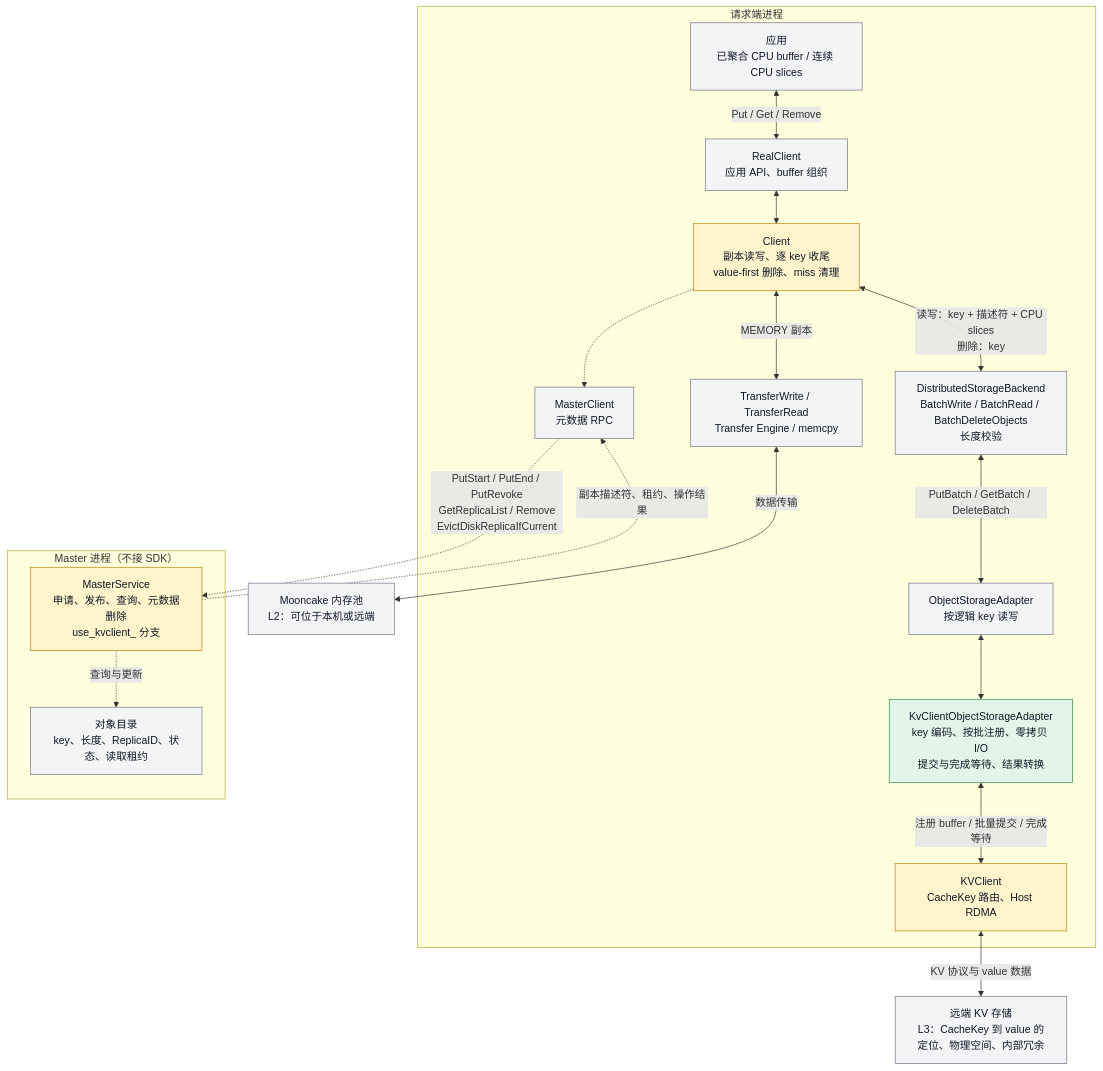
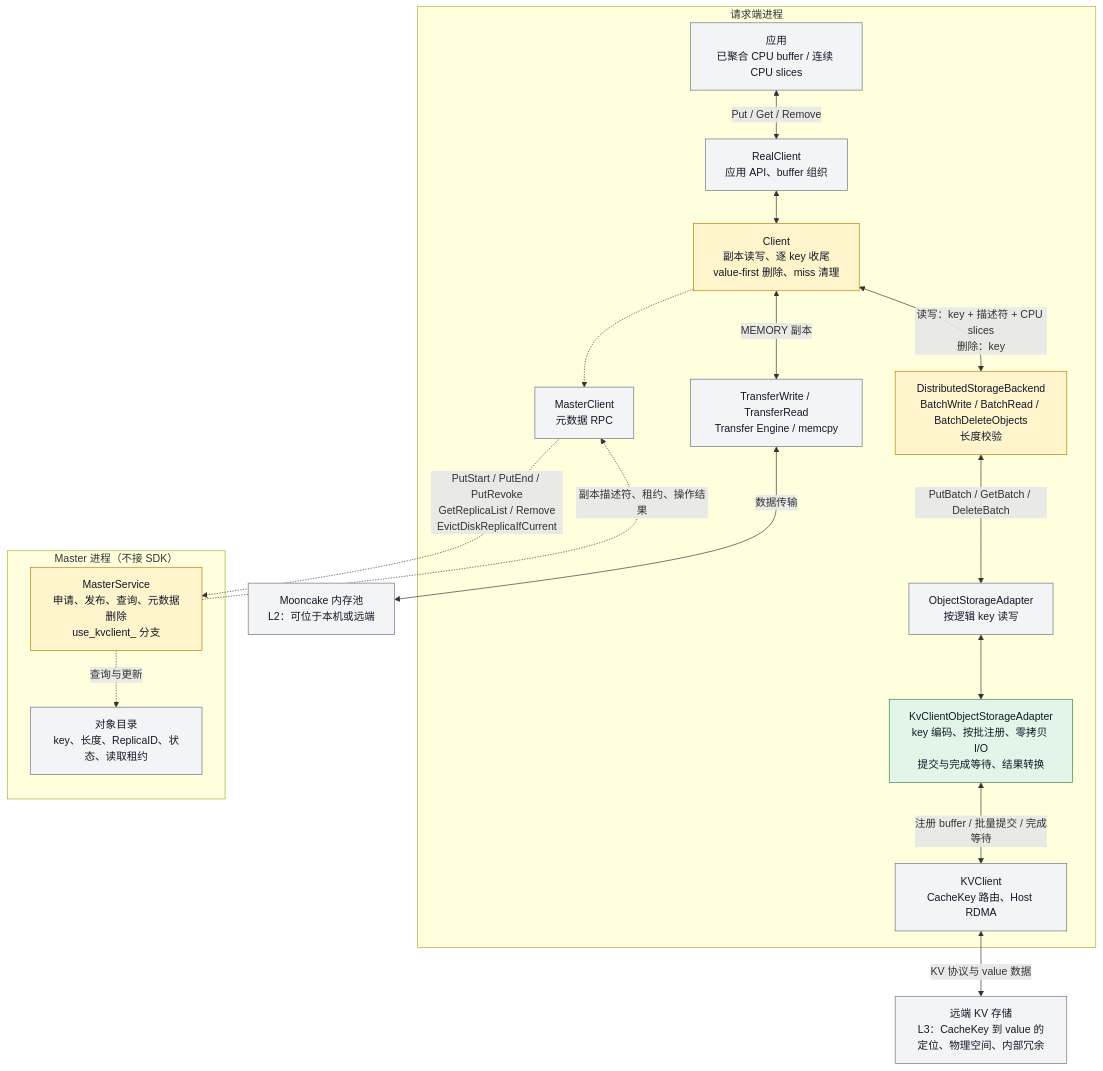
The first of 13 diagrams in Mooncake + KVClient L3 接入（Kvcs）- v3.md (zwj20000328-dotcom/Mooncake-documents), drawn with Mermaid before and after one commit. The commit also changed other lines of this file, not shown here.

Commit message:
docs: align diagrams and code paths with per-batch registration semantics

````diff
--- a/Mooncake + KVClient L3 接入（Kvcs）- v3.md
+++ b/Mooncake + KVClient L3 接入（Kvcs）- v3.md
@@ -68,45 +69,45 @@
 ```mermaid
 flowchart TB
     subgraph Request["请求端进程"]
         A["应用<br/>已聚合 CPU buffer / 连续 CPU slices"]
         R["RealClient<br/>应用 API、buffer 组织"]
         C["Client<br/>副本读写、逐 key 收尾<br/>value-first 删除、miss 清理"]
         RPC["MasterClient<br/>元数据 RPC"]
         TE["TransferWrite / TransferRead<br/>Transfer Engine / memcpy"]
         B["DistributedStorageBackend<br/>BatchWrite / BatchRead / BatchDeleteObjects<br/>长度校验"]
         O["ObjectStorageAdapter<br/>按逻辑 key 读写"]
         K["KvClientObjectStorageAdapter<br/>key 编码、按批注册、零拷贝 I/O<br/>提交与完成等待、结果转换"]
         SDK["KVClient<br/>CacheKey 路由、Host RDMA"]
 
         A <-->|"Put / Get / Remove"| R
         R <--> C
         C -.-> RPC
         C <-->|"MEMORY 副本"| TE
         C <-->|"读写：key + 描述符 + CPU slices<br/>删除：key"| B
         B <-->|"PutBatch / GetBatch / DeleteBatch"| O
         O <--> K
         K <-->|"注册 buffer / 批量提交 / 完成等待"| SDK
     end
 
     subgraph Master["Master 进程（不接 SDK）"]
         M["MasterService<br/>申请、发布、查询、元数据删除<br/>use_kvclient_ 分支"]
         META["对象目录<br/>key、长度、ReplicaID、状态、读取租约"]
 
         M -.->|"查询与更新"| META
     end
 
     RAM["Mooncake 内存池<br/>L2：可位于本机或远端"]
     S["远端 KV 存储<br/>L3：CacheKey 到 value 的定位、物理空间、内部冗余"]
 
     RPC -.->|"PutStart / PutEnd / PutRevoke<br/>GetReplicaList / Remove<br/>EvictDiskReplicaIfCurrent"| M
     M -.->|"副本描述符、租约、操作结果"| RPC
     TE <-->|"数据传输"| RAM
     SDK <-->|"KV 协议与 value 数据"| S
 
     classDef existing fill:#f3f4f6,stroke:#6b7280,color:#111827;
     classDef changed fill:#fff4cc,stroke:#b58105,color:#111827;
     classDef added fill:#e3f5e8,stroke:#28864b,color:#111827;
-    class A,R,RPC,TE,B,O,META,RAM,S existing;
-    class C,SDK,M changed;
+    class A,R,RPC,TE,O,META,RAM,S,SDK existing;
+    class C,B,M changed;
     class K added;
 ```
````
